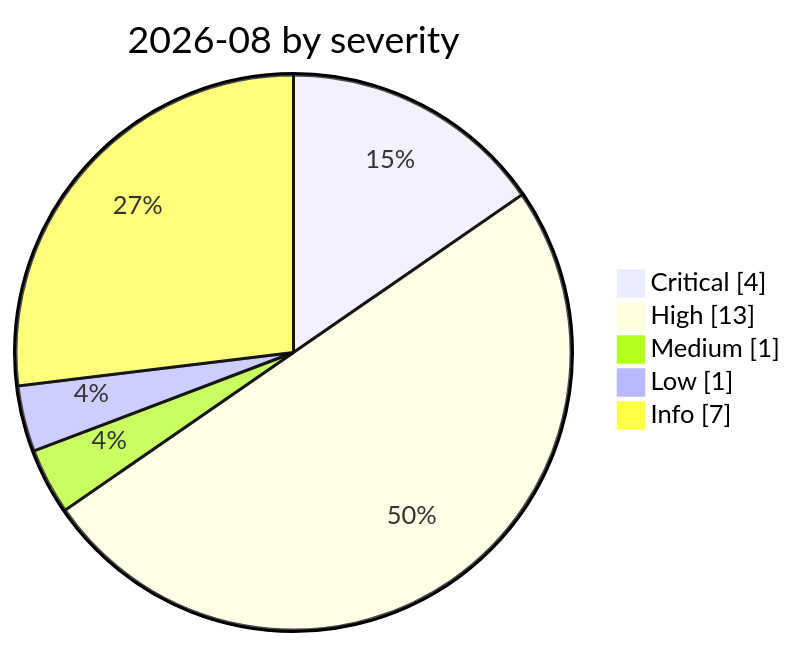
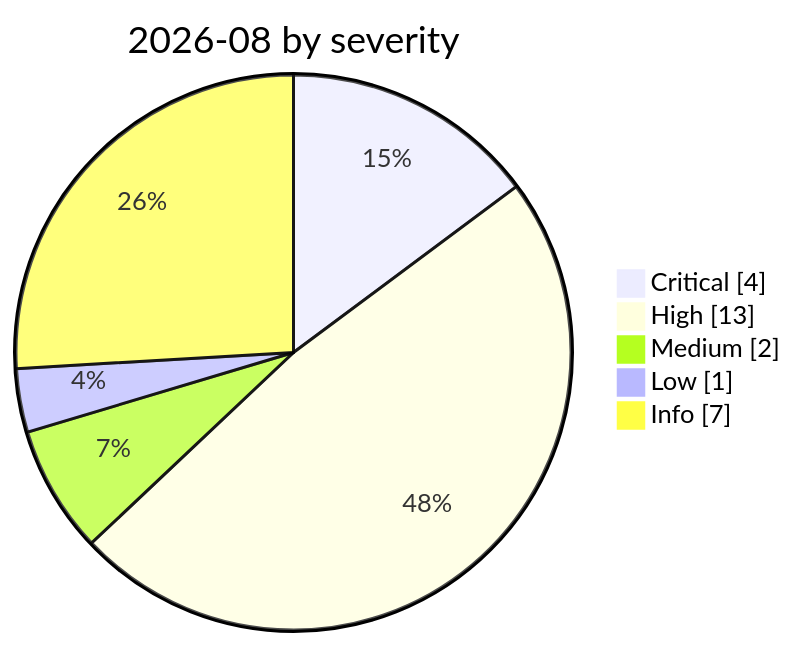
One commit to Continuum-AI-Corp/Orca-AI-Incident-Archive changed the diagram in incidents/2026-08/README.md. Above: the diagram before and after it, drawn with Mermaid. The commit also changed other lines of this file and 43 other files, not shown here.

````diff
--- a/incidents/2026-08/README.md
+++ b/incidents/2026-08/README.md
@@ -8,9 +8,9 @@
 ```mermaid
 pie showData
     title 2026-08 by severity
     "Critical" : 4
     "High" : 13
-    "Medium" : 1
+    "Medium" : 2
     "Low" : 1
     "Info" : 7
 ```
````
